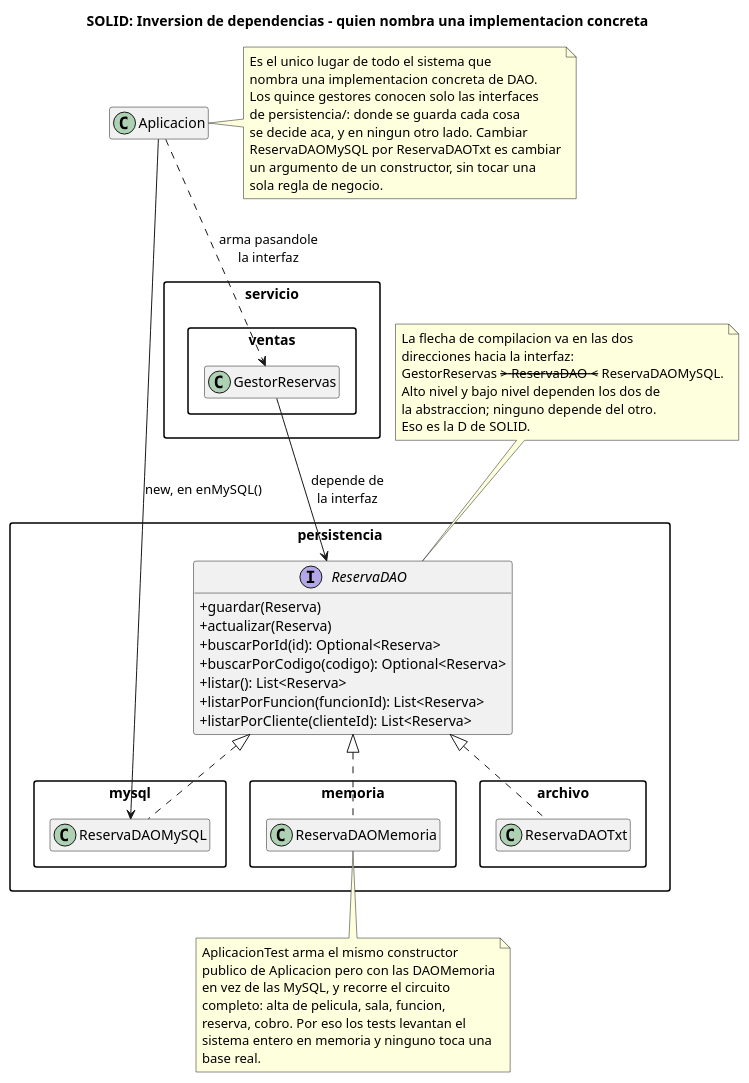
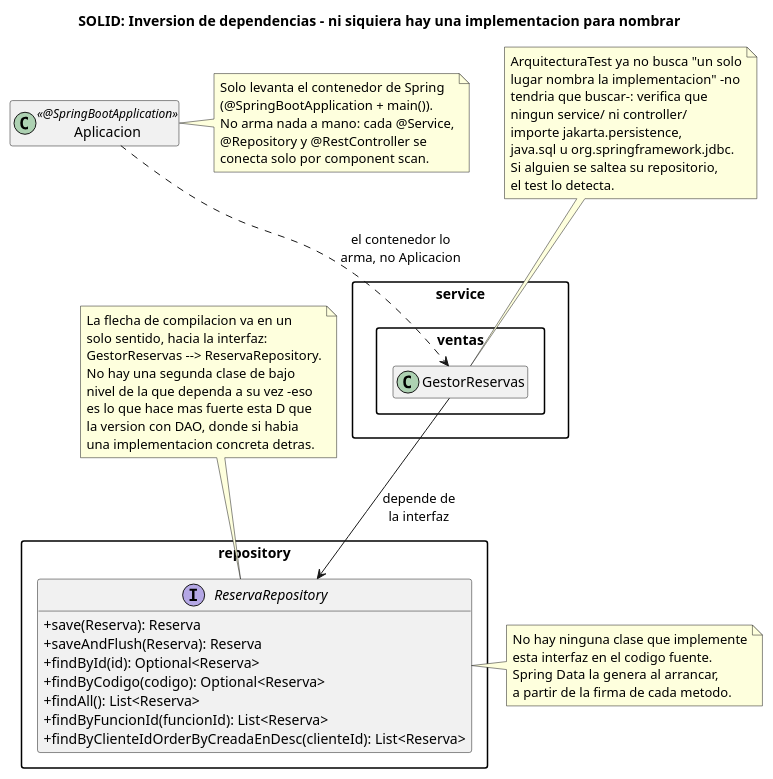
One commit to andreiveisuade/cine-uade changed the diagram in cine-backend/docs/diagramas/solid-dip.puml. Above: the diagram before and after it, drawn with PlantUML. The commit also changed 20 other files, not shown here.

First line of the commit message:
docs: actualizar el manual y los diagramas a Spring Boot + Spring Data JPA

```diff
--- a/cine-backend/docs/diagramas/solid-dip.puml
+++ b/cine-backend/docs/diagramas/solid-dip.puml
@@ -1,83 +1,77 @@
 @startuml solid-dip
-title SOLID: Inversion de dependencias - quien nombra una implementacion concreta
+title SOLID: Inversion de dependencias - ni siquiera hay una implementacion para nombrar
 
 skinparam classAttributeIconSize 0
 skinparam packageStyle rectangle
 hide empty members
 
-' El caso testigo es ReservaDAO, pero la misma forma se repite en las otras trece
-' interfaces de persistencia/ —los doce DAO restantes mas BloqueoButacas, que es
-' interfaz igual aunque no se llame DAO—, y tambien en los puertos de infraestructura/:
-' un modulo de alto nivel (la regla de negocio) y uno de bajo nivel (donde se
-' guarda el dato) dependen los dos de una abstraccion que no le pertenece a ninguno
-' de los dos. Sin esa interfaz de por medio, GestorReservas importaria
-' java.sql y no se podria probar sin una base levantada.
+' El caso testigo es ReservaRepository, pero la misma forma se repite en las
+' otras doce interfaces de repository/. Antes el DIP se sostenia con
+' disciplina: un solo lugar (Aplicacion) nombraba la implementacion concreta
+' de cada DAO. Hoy la forma es mas fuerte: Spring Data genera la unica
+' implementacion en tiempo de arranque, asi que no existe una clase que se
+' pueda nombrar ni por accidente. GestorReservas depende de la interfaz sin
+' saber que atras hay MySQL o H2.
 
-package "servicio.ventas" {
+package "service.ventas" {
   class GestorReservas
 }
 
-package persistencia {
-  interface ReservaDAO {
-    +guardar(Reserva)
-    +actualizar(Reserva)
-    +buscarPorId(id): Optional<Reserva>
-    +buscarPorCodigo(codigo): Optional<Reserva>
-    +listar(): List<Reserva>
-    +listarPorFuncion(funcionId): List<Reserva>
-    +listarPorCliente(clienteId): List<Reserva>
-  }
-
-  package mysql {
-    class ReservaDAOMySQL
-  }
-  package memoria {
-    class ReservaDAOMemoria
-  }
-  package archivo {
-    class ReservaDAOTxt
+package repository {
+  interface ReservaRepository {
+    +save(Reserva): Reserva
+    +saveAndFlush(Reserva): Reserva
+    +findById(id): Optional<Reserva>
+    +findByCodigo(codigo): Optional<Reserva>
+    +findAll(): List<Reserva>
+    +findByFuncionId(funcionId): List<Reserva>
+    +findByClienteIdOrderByCreadaEnDesc(clienteId): List<Reserva>
   }
 }
 
-class Aplicacion
+note right of ReservaRepository
+  No hay ninguna clase que implemente
+  esta interfaz en el codigo fuente.
+  Spring Data la genera al arrancar,
+  a partir de la firma de cada metodo.
+end note
 
-GestorReservas -down-> ReservaDAO : depende de\nla interfaz
-ReservaDAOMySQL .up.|> ReservaDAO
-ReservaDAOMemoria .up.|> ReservaDAO
-ReservaDAOTxt .up.|> ReservaDAO
+class Aplicacion <<@SpringBootApplication>>
 
-Aplicacion -right-> ReservaDAOMySQL : new, en enMySQL()
-Aplicacion ..> GestorReservas : arma pasandole\nla interfaz
+GestorReservas -down-> ReservaRepository : depende de\nla interfaz
+
+note as N2
+  ArquitecturaTest ya no busca "un solo
+  lugar nombra la implementacion" -no
+  tendria que buscar-: verifica que
+  ningun service/ ni controller/
+  importe jakarta.persistence,
+  java.sql u org.springframework.jdbc.
+  Si alguien se saltea su repositorio,
+  el test lo detecta.
+end note
+N2 .. GestorReservas
 
 note right of Aplicacion
-  Es el unico lugar de todo el sistema que
-  nombra una implementacion concreta de DAO.
-  Los quince gestores conocen solo las interfaces
-  de persistencia/: donde se guarda cada cosa
-  se decide aca, y en ningun otro lado. Cambiar
-  ReservaDAOMySQL por ReservaDAOTxt es cambiar
-  un argumento de un constructor, sin tocar una
-  sola regla de negocio.
+  Solo levanta el contenedor de Spring
+  (@SpringBootApplication + main()).
+  No arma nada a mano: cada @Service,
+  @Repository y @RestController se
+  conecta solo por component scan.
 end note
 
-note bottom of ReservaDAOMemoria
-  AplicacionTest arma el mismo constructor
-  publico de Aplicacion pero con las DAOMemoria
-  en vez de las MySQL, y recorre el circuito
-  completo: alta de pelicula, sala, funcion,
-  reserva, cobro. Por eso los tests levantan el
-  sistema entero en memoria y ninguno toca una
-  base real.
-end note
+Aplicacion ..> GestorReservas : el contenedor lo\narma, no Aplicacion
 
 note as N1
-  La flecha de compilacion va en las dos
-  direcciones hacia la interfaz:
-  GestorReservas --> ReservaDAO <-- ReservaDAOMySQL.
-  Alto nivel y bajo nivel dependen los dos de
-  la abstraccion; ninguno depende del otro.
-  Eso es la D de SOLID.
+  La flecha de compilacion va en un
+  solo sentido, hacia la interfaz:
+  GestorReservas --> ReservaRepository.
+  No hay una segunda clase de bajo
+  nivel de la que dependa a su vez -eso
+  es lo que hace mas fuerte esta D que
+  la version con DAO, donde si habia
+  una implementacion concreta detras.
 end note
-N1 .. ReservaDAO
+N1 .. ReservaRepository
 
 @enduml
```
